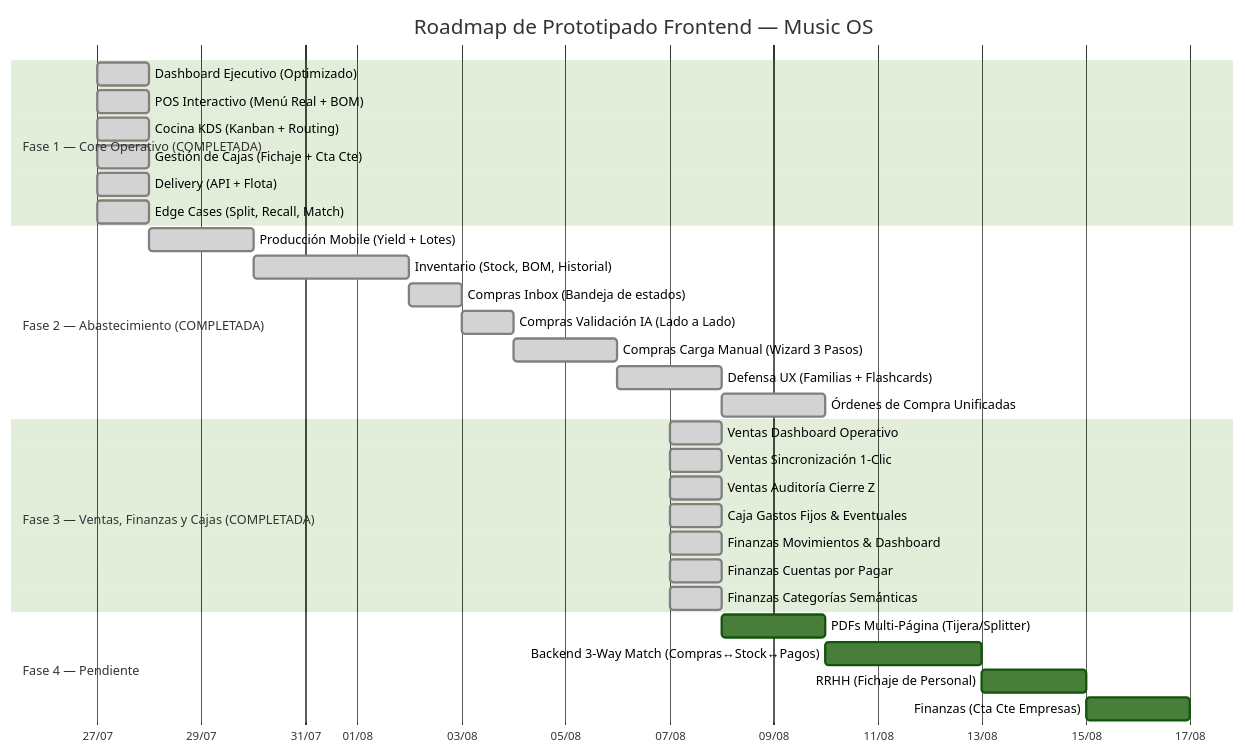
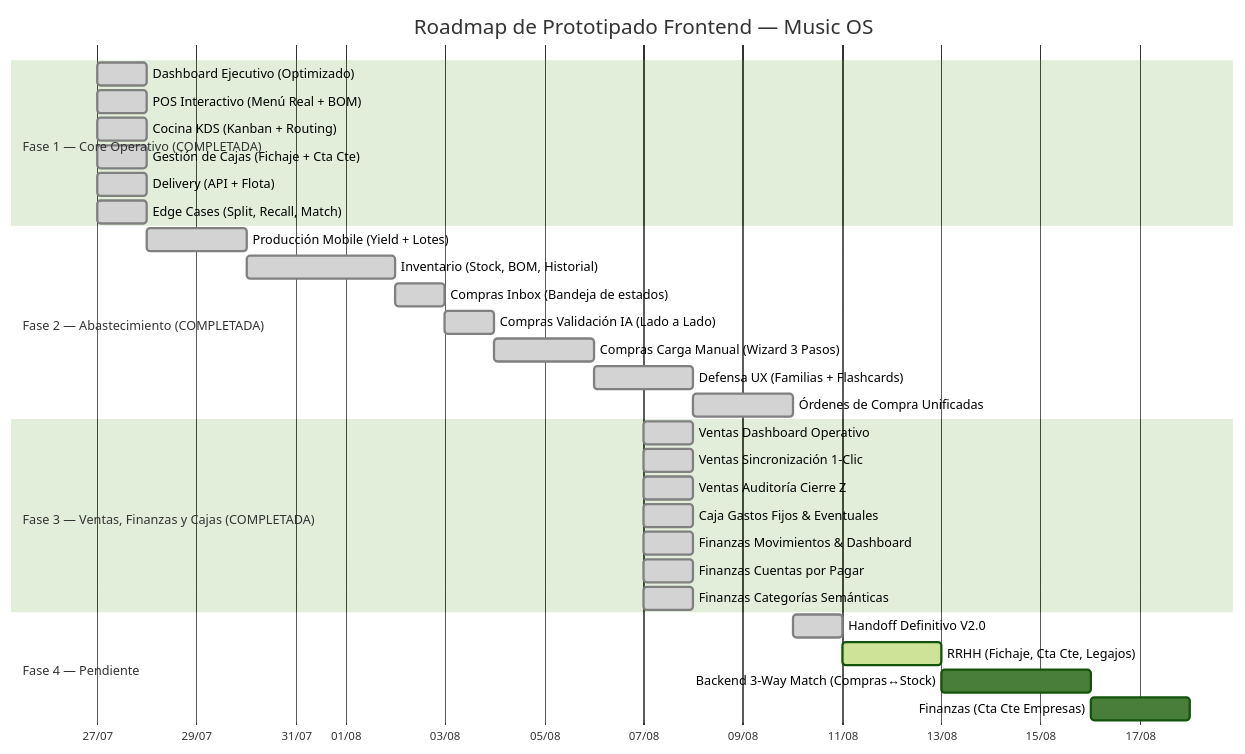
Before and after one commit to nahueldangelosale-source/burgermusic-os: the diagram in Docs/roadmap_auditoria.md, drawn with Mermaid (forest theme). The commit also changed other lines of this file and 6 other files, not shown here.

Commit message:
docs: Limpieza de carpeta Docs y actualizacion de roadmap/cobertura

````diff
--- a/Docs/roadmap_auditoria.md
+++ b/Docs/roadmap_auditoria.md
@@ -361,38 +369,38 @@
 ```mermaid
 gantt
     title Roadmap de Prototipado Frontend — Music OS
     dateFormat  YYYY-MM-DD
     axisFormat  %d/%m
 
     section Fase 1 — Core Operativo (COMPLETADA)
     Dashboard Ejecutivo (Optimizado)    :done, f1a, 2026-07-27, 1d
     POS Interactivo (Menú Real + BOM)   :done, f1b, 2026-07-27, 1d
     Cocina KDS (Kanban + Routing)       :done, f1c, 2026-07-27, 1d
     Gestión de Cajas (Fichaje + Cta Cte):done, f1e, 2026-07-27, 1d
     Delivery (API + Flota)              :done, f1f, 2026-07-27, 1d
     Edge Cases (Split, Recall, Match)   :done, f1g, 2026-07-27, 1d
 
     section Fase 2 — Abastecimiento (COMPLETADA)
     Producción Mobile (Yield + Lotes)   :done, f2a, 2026-07-28, 2d
     Inventario (Stock, BOM, Historial)  :done, f2b, after f2a, 3d
     Compras Inbox (Bandeja de estados)  :done, f2c, after f2b, 1d
     Compras Validación IA (Lado a Lado) :done, f2d, after f2c, 1d
     Compras Carga Manual (Wizard 3 Pasos):done, f2e, after f2d, 2d
     Defensa UX (Familias + Flashcards)  :done, f2f, after f2e, 2d
     Órdenes de Compra Unificadas        :done, f2g, after f2f, 2d
 
     section Fase 3 — Ventas, Finanzas y Cajas (COMPLETADA)
     Ventas Dashboard Operativo          :done, f3a, 2026-08-07, 1d
     Ventas Sincronización 1-Clic        :done, f3b, 2026-08-07, 1d
     Ventas Auditoría Cierre Z           :done, f3c, 2026-08-07, 1d
     Caja Gastos Fijos & Eventuales      :done, f3d, 2026-08-07, 1d
     Finanzas Movimientos & Dashboard    :done, f3e, 2026-08-07, 1d
     Finanzas Cuentas por Pagar          :done, f3f, 2026-08-07, 1d
     Finanzas Categorías Semánticas      :done, f3g, 2026-08-07, 1d
 
     section Fase 4 — Pendiente
-    PDFs Multi-Página (Tijera/Splitter) :       f4a, after f3d, 2d
-    Backend 3-Way Match (Compras↔Stock↔Pagos):  f4b, after f4a, 3d
-    RRHH (Fichaje de Personal)          :       f4c, after f4b, 2d
+    Handoff Definitivo V2.0             :done, f4a, 2026-08-10, 1d
+    RRHH (Fichaje, Cta Cte, Legajos)    :active, f4b, after f4a, 2d
+    Backend 3-Way Match (Compras↔Stock) :       f4c, after f4b, 3d
     Finanzas (Cta Cte Empresas)         :       f4d, after f4c, 2d
 ```
````
